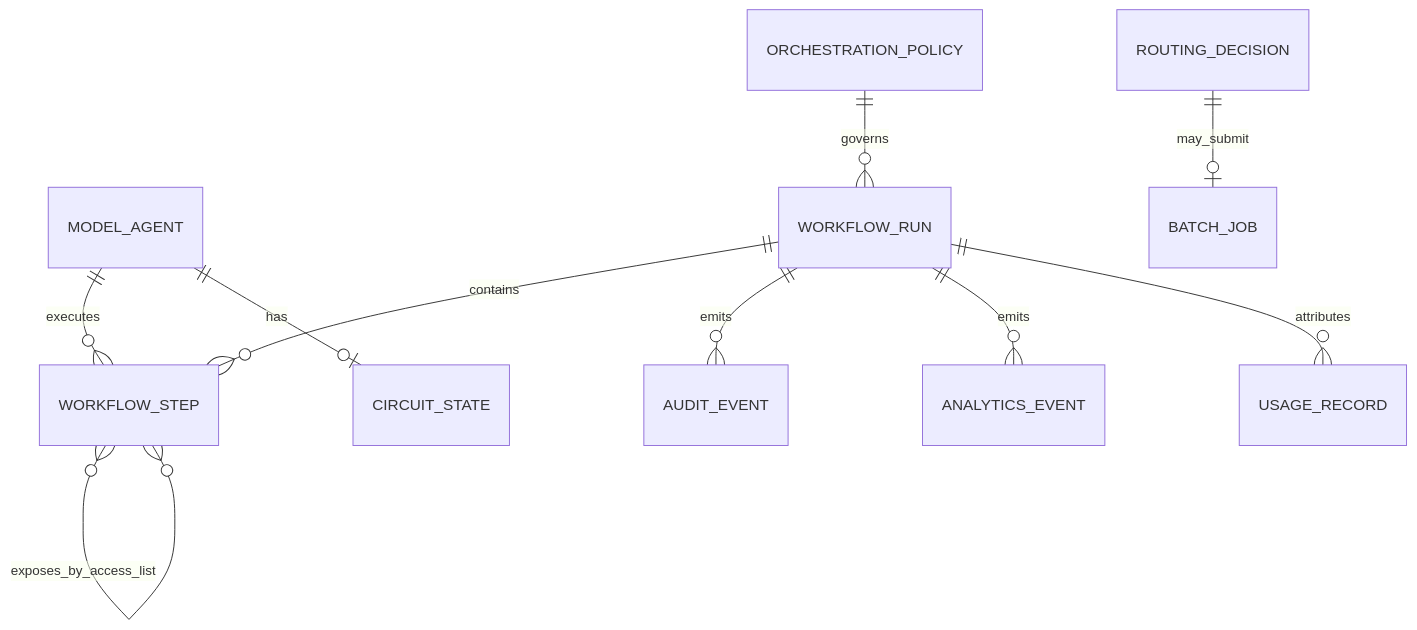
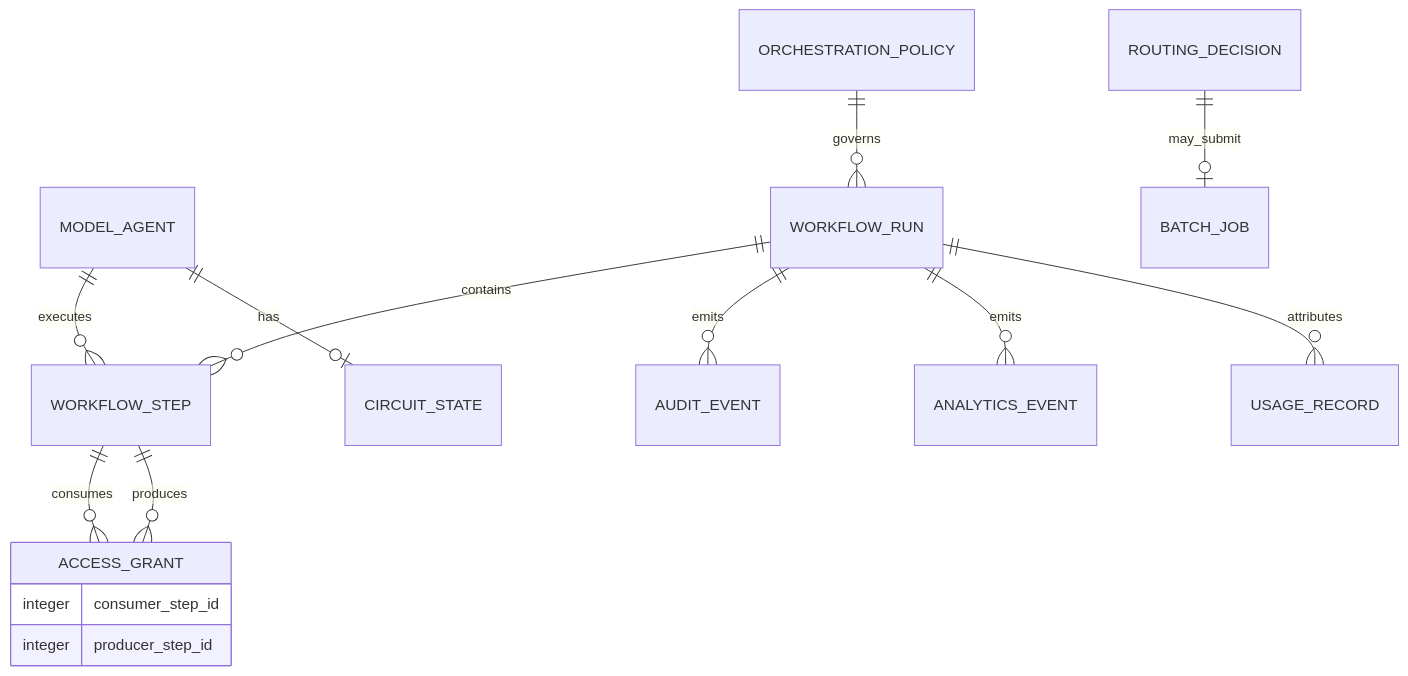
The second of 3 diagrams in docs/ERD.md (ContextualWisdomLab/contextual-orchestrator), drawn with Mermaid before and after one commit. The commit also changed other lines of this file and 12 other files, not shown here.

````diff
--- a/docs/ERD.md
+++ b/docs/ERD.md
@@ -121,12 +121,17 @@
 ```mermaid
 erDiagram
     MODEL_AGENT ||--o{ WORKFLOW_STEP : executes
     ORCHESTRATION_POLICY ||--o{ WORKFLOW_RUN : governs
     WORKFLOW_RUN ||--o{ WORKFLOW_STEP : contains
-    WORKFLOW_STEP }o--o{ WORKFLOW_STEP : exposes_by_access_list
+    ACCESS_GRANT {
+        integer consumer_step_id
+        integer producer_step_id
+    }
+    WORKFLOW_STEP ||--o{ ACCESS_GRANT : consumes
+    WORKFLOW_STEP ||--o{ ACCESS_GRANT : produces
     WORKFLOW_RUN ||--o{ AUDIT_EVENT : emits
     WORKFLOW_RUN ||--o{ ANALYTICS_EVENT : emits
     WORKFLOW_RUN ||--o{ USAGE_RECORD : attributes
     ROUTING_DECISION ||--o| BATCH_JOB : may_submit
     MODEL_AGENT ||--o| CIRCUIT_STATE : has
 ```
````
